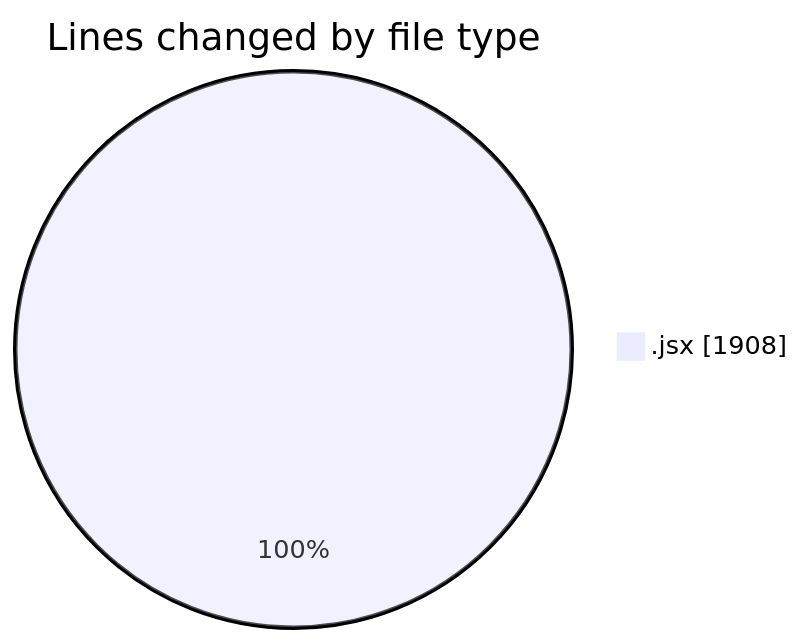
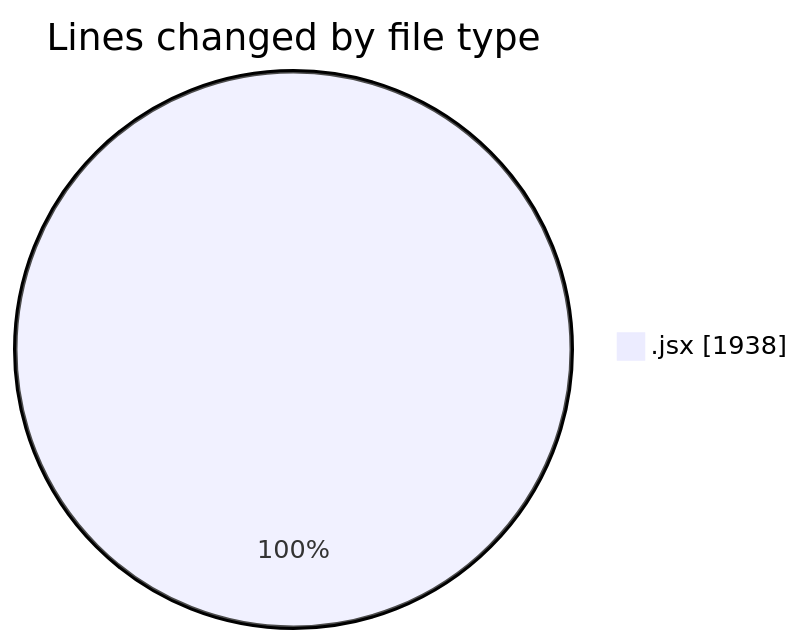
One commit to nxtqubesakshisongat/code-tracking changed the first of 2 diagrams in 2025-10-13/nxtqube_webapp/README.md. Above: the diagram before and after it, drawn with Mermaid. The commit also changed other lines of this file and 1 other file, not shown here.

````diff
--- a/2025-10-13/nxtqube_webapp/README.md
+++ b/2025-10-13/nxtqube_webapp/README.md
@@ -21,5 +21,5 @@
 ```mermaid
 pie showData
 title Lines changed by file type
-".jsx" : 1908
+".jsx" : 1938
 ```
````
